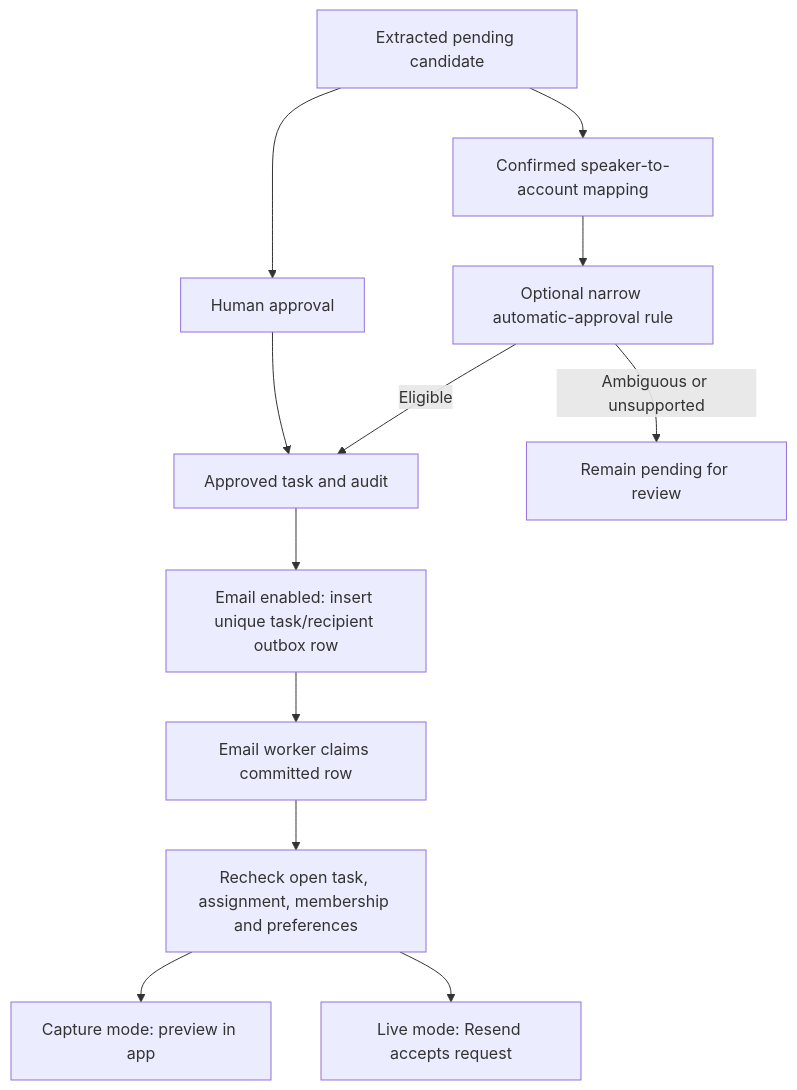
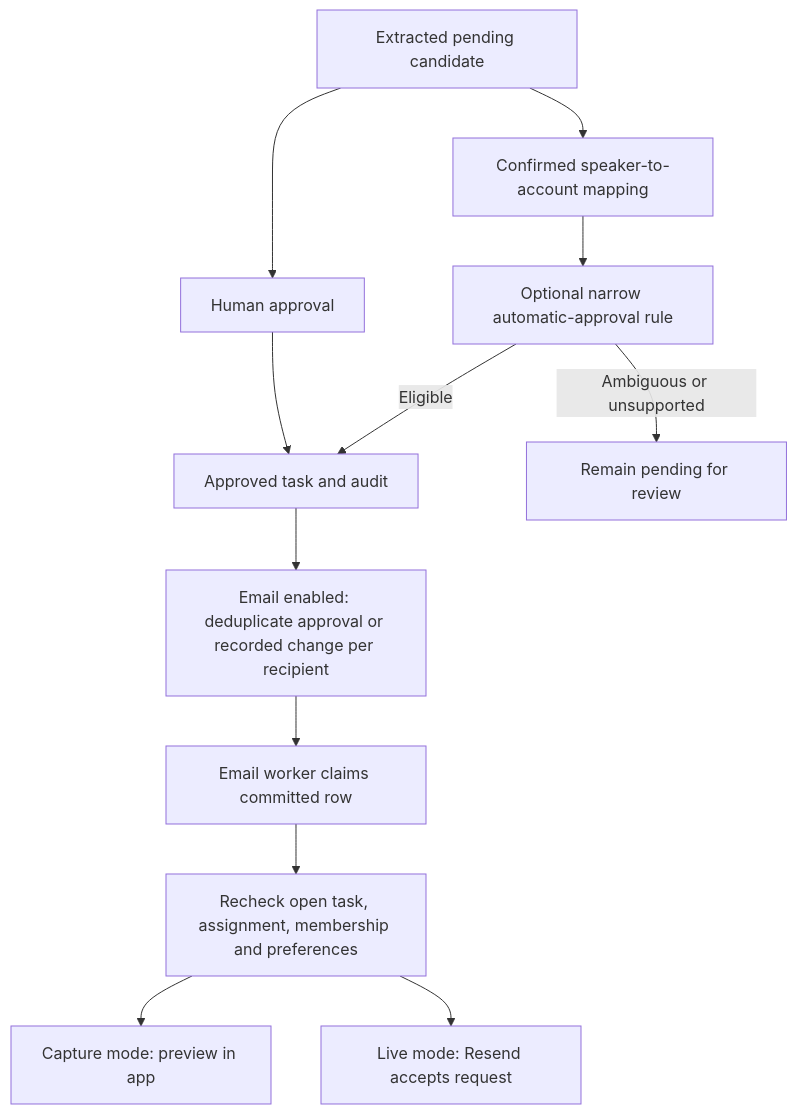
One commit to BryanDYang/guardian-agent changed the third of 3 diagrams in docs/architecture.md. Above: the diagram before and after it, drawn with Mermaid. The commit also changed other lines of this file and 12 other files, not shown here.

````diff
--- a/docs/architecture.md
+++ b/docs/architecture.md
@@ -224,21 +224,21 @@
 ```mermaid
 flowchart TD
     Candidate["Extracted pending candidate"]
     Manual["Human approval"]
     Identity["Confirmed speaker-to-account mapping"]
     Policy["Optional narrow automatic-approval rule"]
     Review["Remain pending for review"]
     Accepted["Approved task and audit"]
-    Queue["Email enabled: insert unique task/recipient outbox row"]
+    Queue["Email enabled: deduplicate approval or recorded change per recipient"]
     Worker["Email worker claims committed row"]
     Check["Recheck open task, assignment, membership and preferences"]
     Capture["Capture mode: preview in app"]
     Resend["Live mode: Resend accepts request"]
     Candidate --> Manual --> Accepted
     Candidate --> Identity --> Policy
     Policy -->|"Eligible"| Accepted
     Policy -->|"Ambiguous or unsupported"| Review
     Accepted --> Queue --> Worker --> Check
     Check --> Capture
     Check --> Resend
 ```
````
